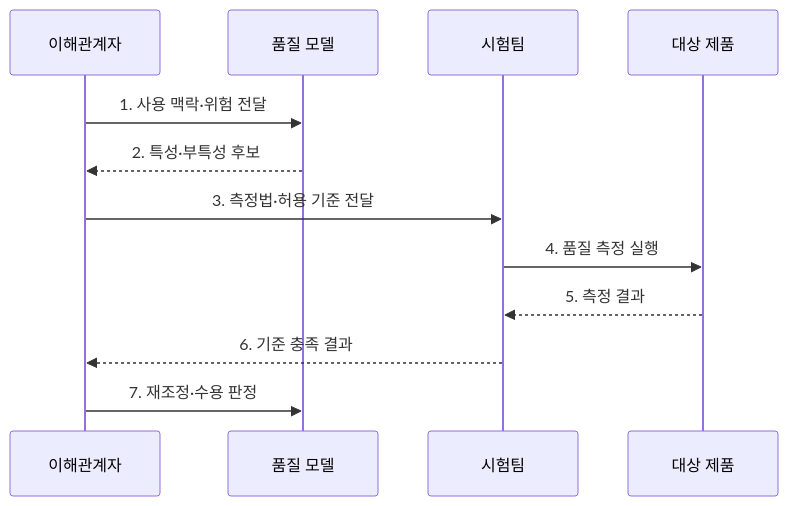
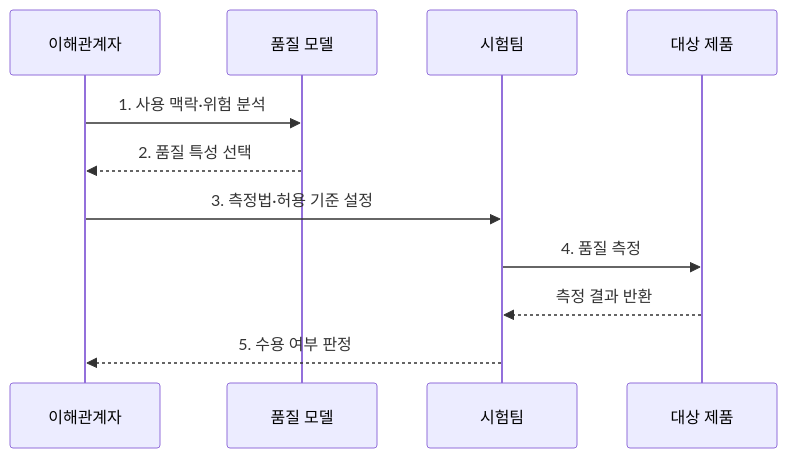
One commit to agnusdei1207/knowledge-base changed the second of 2 diagrams in src/content/docs/notes/03-software/069_software_quality_iso_25010.md. Above: the diagram before and after it, drawn with Mermaid. The commit also changed other lines of this file and 238 other files, not shown here.

````diff
--- a/src/content/docs/notes/03-software/069_software_quality_iso_25010.md
+++ b/src/content/docs/notes/03-software/069_software_quality_iso_25010.md
@@ -79,14 +79,13 @@
 ```mermaid
 sequenceDiagram
     participant S as 이해관계자
     participant Q as 품질 모델
     participant T as 시험팀
     participant P as 대상 제품
-    S->>Q: 1. 사용 맥락·위험 전달
-    Q-->>S: 2. 특성·부특성 후보
-    S->>T: 3. 측정법·허용 기준 전달
-    T->>P: 4. 품질 측정 실행
-    P-->>T: 5. 측정 결과
-    T-->>S: 6. 기준 충족 결과
-    S->>Q: 7. 재조정·수용 판정
+    S->>Q: 1. 사용 맥락·위험 분석
+    Q-->>S: 2. 품질 특성 선택
+    S->>T: 3. 측정법·허용 기준 설정
+    T->>P: 4. 품질 측정
+    P-->>T: 측정 결과 반환
+    T-->>S: 5. 수용 여부 판정
 ```
````
